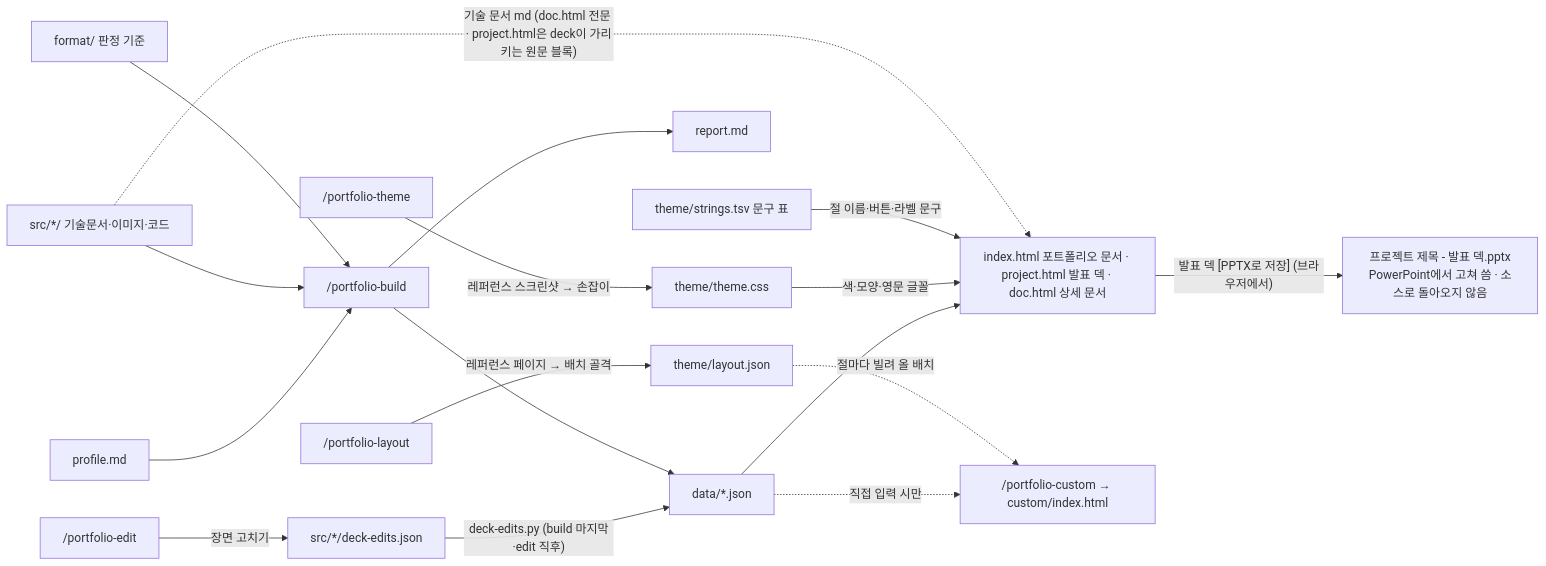
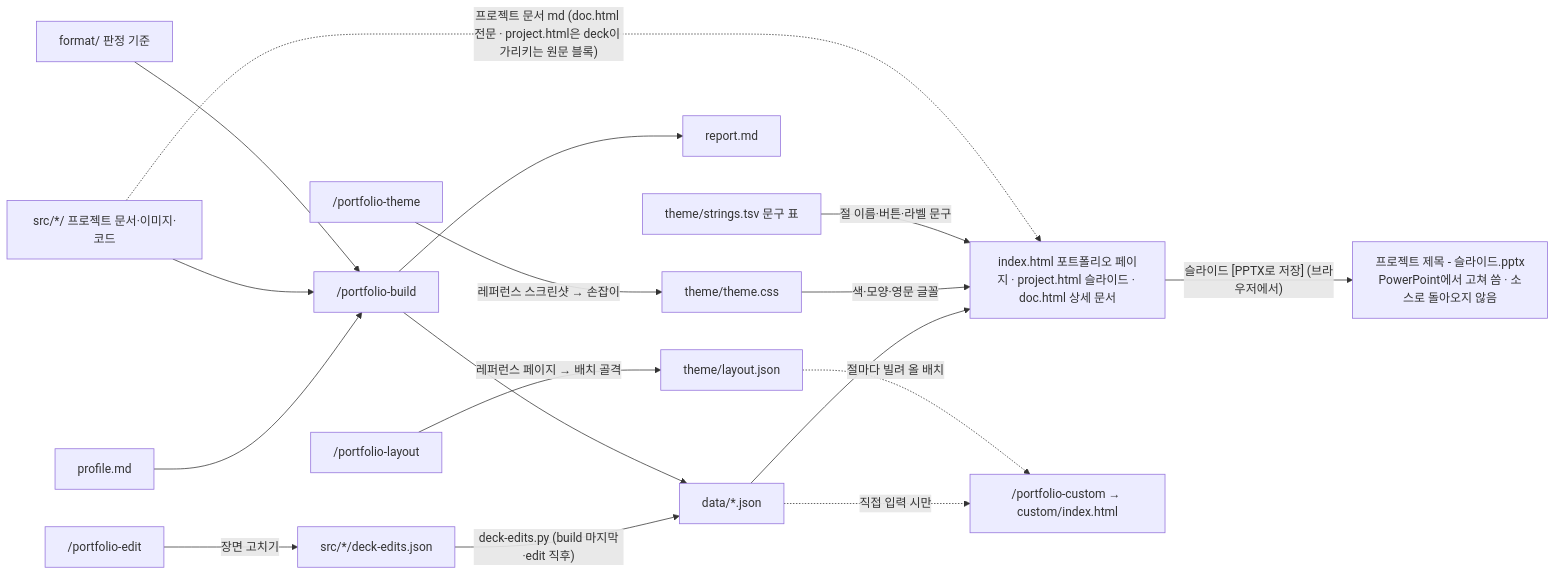
The diagram in CLAUDE.md (krr6606/krr6606.github.io), drawn with Mermaid before and after one commit. The commit also changed other lines of this file and 42 other files, not shown here.

````diff
--- a/CLAUDE.md
+++ b/CLAUDE.md
@@ -42,19 +46,19 @@
 ```mermaid
 flowchart LR
     P["profile.md"] --> B["/portfolio-build"]
-    S["src/*/ 기술문서·이미지·코드"] --> B
+    S["src/*/ 프로젝트 문서·이미지·코드"] --> B
     F["format/ 판정 기준"] --> B
     E["/portfolio-edit"] -->|"장면 고치기"| X["src/*/deck-edits.json"]
     X -->|"deck-edits.py (build 마지막·edit 직후)"| D
     B --> D["data/*.json"]
     B --> R["report.md"]
-    D --> I["index.html 포트폴리오 문서 · project.html 발표 덱 · doc.html 상세 문서"]
+    D --> I["index.html 포트폴리오 페이지 · project.html 슬라이드 · doc.html 상세 문서"]
     T["/portfolio-theme"] -->|"레퍼런스 스크린샷 → 손잡이"| TC["theme/theme.css"]
     TC -->|"색·모양·영문 글꼴"| I
     SR["theme/strings.tsv 문구 표"] -->|"절 이름·버튼·라벨 문구"| I
-    S -.->|"기술 문서 md (doc.html 전문 · project.html은 deck이 가리키는 원문 블록)"| I
+    S -.->|"프로젝트 문서 md (doc.html 전문 · project.html은 deck이 가리키는 원문 블록)"| I
     D -.->|"직접 입력 시만"| C["/portfolio-custom → custom/index.html"]
     LY["/portfolio-layout"] -->|"레퍼런스 페이지 → 배치 골격"| LJ["theme/layout.json"]
     LJ -.->|"절마다 빌려 올 배치"| C
-    I -->|"발표 덱 [PPTX로 저장] (브라우저에서)"| PX["프로젝트 제목 - 발표 덱.pptx<br/>PowerPoint에서 고쳐 씀 · 소스로 돌아오지 않음"]
+    I -->|"슬라이드 [PPTX로 저장] (브라우저에서)"| PX["프로젝트 제목 - 슬라이드.pptx<br/>PowerPoint에서 고쳐 씀 · 소스로 돌아오지 않음"]
 ```
````
